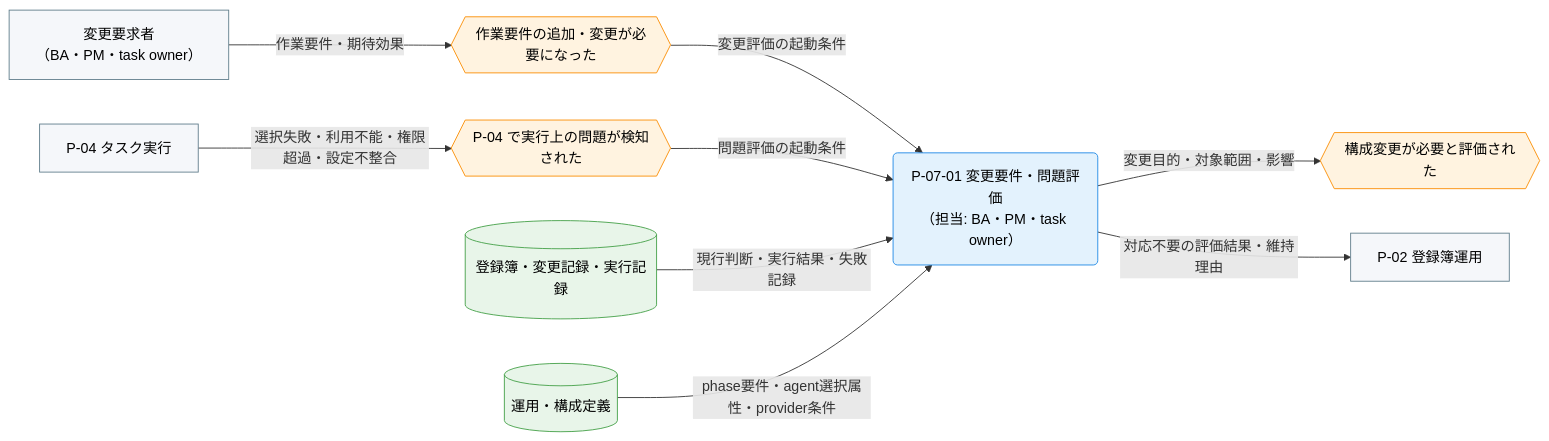
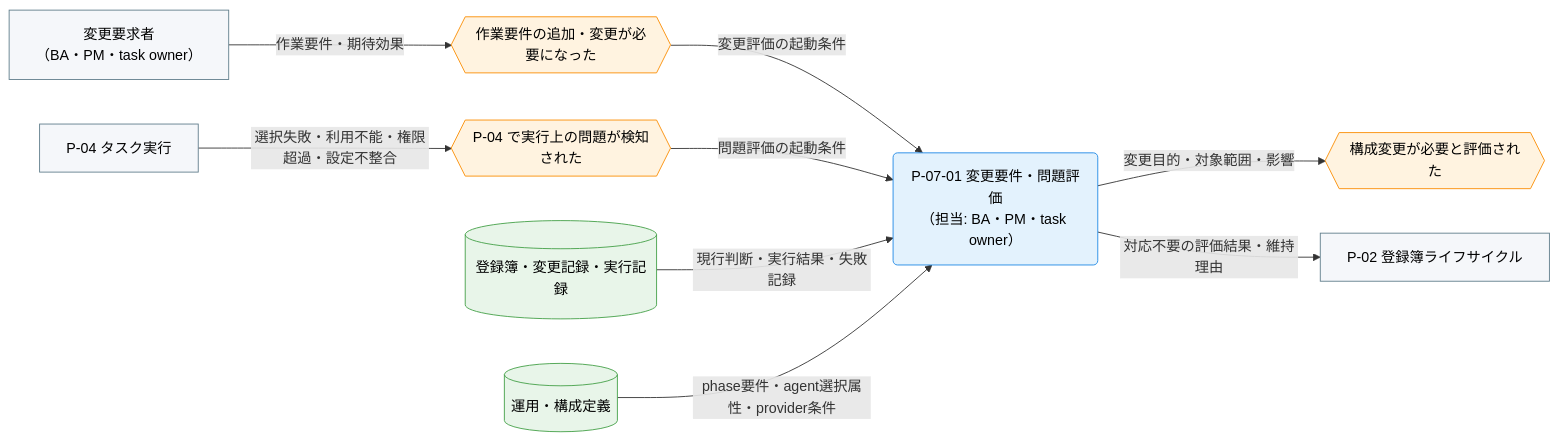
The first of 3 diagrams in docs/ja/product/010-business-specs/010-data-flow/cdfd-agent-config-operation.md (specdojo/specdojo), drawn with Mermaid before and after one commit. The commit also changed other lines of this file and 18 other files, not shown here.

First line of the commit message:
exec(T-DATA-FLOW-cdfd-overview-140): finalize cdfd-overview bootstrap

````diff
--- a/docs/ja/product/010-business-specs/010-data-flow/cdfd-agent-config-operation.md
+++ b/docs/ja/product/010-business-specs/010-data-flow/cdfd-agent-config-operation.md
@@ -49,34 +49,34 @@
 ```mermaid
 flowchart LR
   classDef process fill:#e3f2fd,stroke:#1e88e5,color:#000
   classDef event fill:#fff3e0,stroke:#fb8c00,color:#000
   classDef store fill:#e8f5e9,stroke:#43a047,color:#000
   classDef actor fill:#f5f7fa,stroke:#607d8b,color:#000
 
   変更要求者["変更要求者<br>（BA・PM・task owner）"]
   タスク実行["P-04 タスク実行"]
-  登録簿運用["P-02 登録簿運用"]
+  登録簿ライフサイクル["P-02 登録簿ライフサイクル"]
 
   作業要件変更{{"作業要件の追加・変更が必要になった"}}
   実行問題検知{{"P-04 で実行上の問題が検知された"}}
   構成変更必要{{"構成変更が必要と評価された"}}
 
   変更要件問題評価("P-07-01 変更要件・問題評価<br>（担当: BA・PM・task owner）")
 
   変更実行記録[("登録簿・変更記録・実行記録")]
   運用構成定義[("運用・構成定義")]
 
   変更要求者 -->|"作業要件・期待効果"| 作業要件変更
   作業要件変更 -->|"変更評価の起動条件"| 変更要件問題評価
   タスク実行 -->|"選択失敗・利用不能・権限超過・設定不整合"| 実行問題検知
   実行問題検知 -->|"問題評価の起動条件"| 変更要件問題評価
   変更実行記録 -->|"現行判断・実行結果・失敗記録"| 変更要件問題評価
   運用構成定義 -->|"phase要件・agent選択属性・provider条件"| 変更要件問題評価
   変更要件問題評価 -->|"変更目的・対象範囲・影響"| 構成変更必要
-  変更要件問題評価 -->|"対応不要の評価結果・維持理由"| 登録簿運用
+  変更要件問題評価 -->|"対応不要の評価結果・維持理由"| 登録簿ライフサイクル
 
   class 変更要件問題評価 process
   class 作業要件変更,実行問題検知,構成変更必要 event
   class 変更実行記録,運用構成定義 store
-  class 変更要求者,タスク実行,登録簿運用 actor
+  class 変更要求者,タスク実行,登録簿ライフサイクル actor
 ```
````
